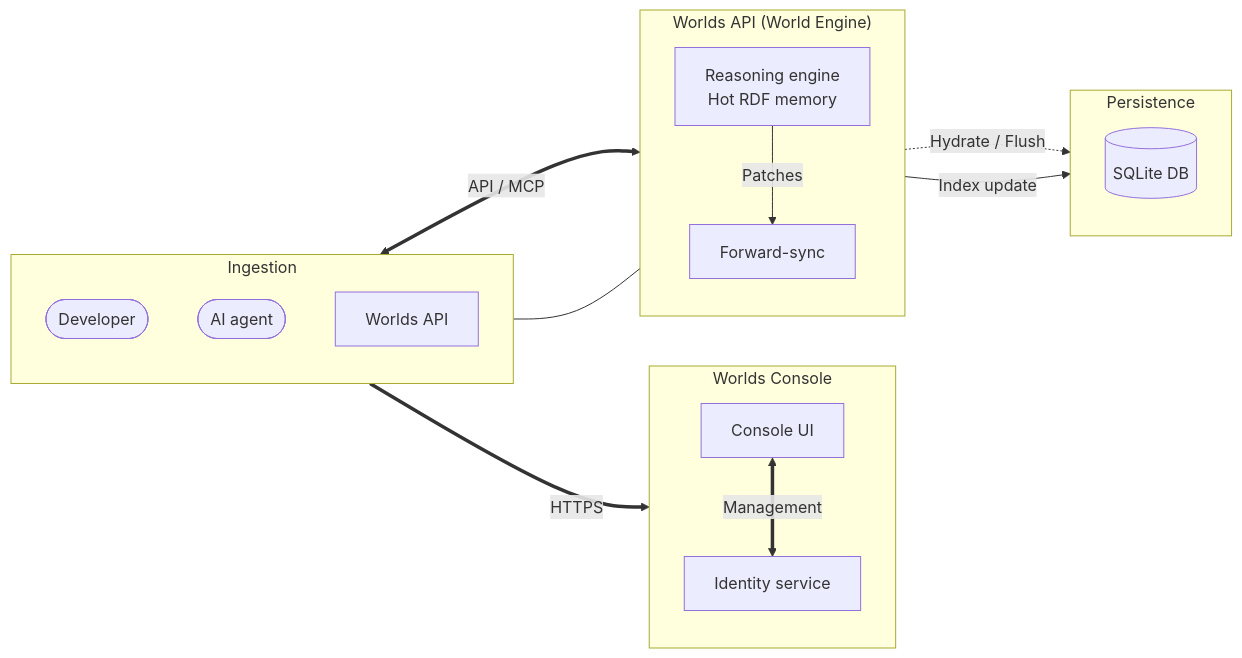
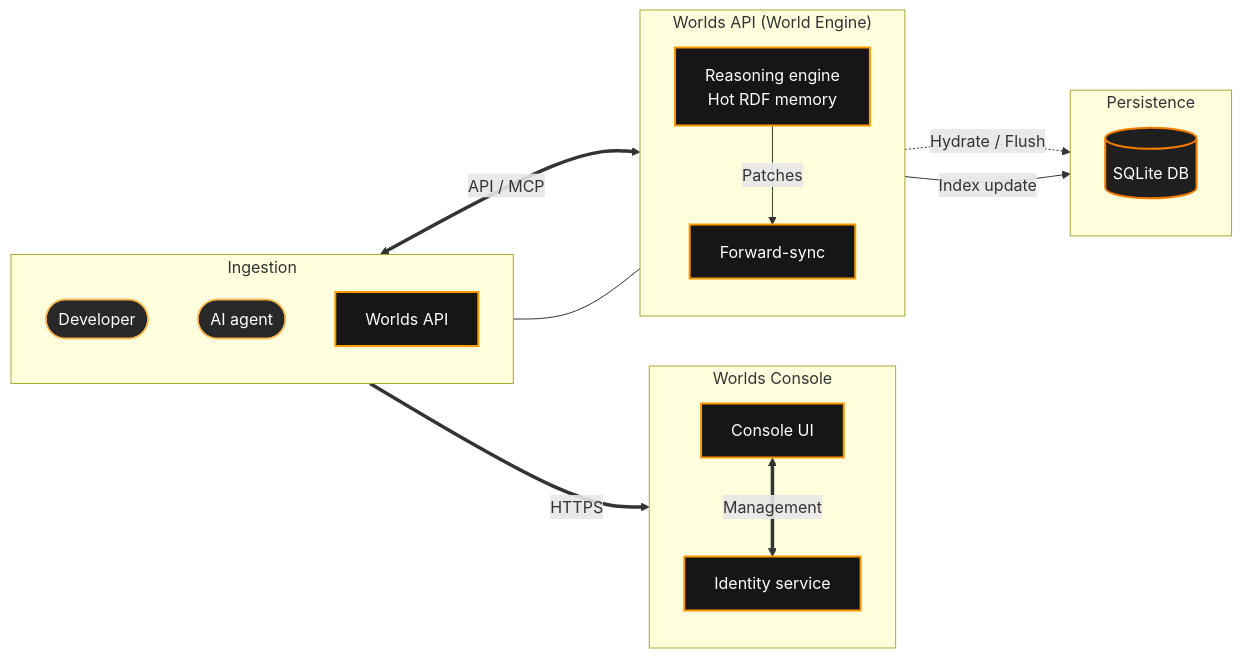
One commit to wazootech/docs.wazoo.dev changed the first of 6 diagrams in contribute/architecture.mdx. Above: the diagram before and after it, drawn with Mermaid. The commit also changed other lines of this file, not shown here.

Commit message:
docs: update all architecture diagrams to use accessible brand styling

````diff
--- a/contribute/architecture.mdx
+++ b/contribute/architecture.mdx
@@ -34,39 +34,48 @@
 ```mermaid
 graph LR
+    %% Class definitions for accessibility & brand colors
+    classDef engine fill:#161617,stroke:#FF9800,stroke-width:2px,color:#ffffff;
+    classDef persistence fill:#1f1f20,stroke:#F57C00,stroke-width:2px,color:#ffffff;
+    classDef process fill:#282829,stroke:#FFB74D,stroke-width:1.5px,color:#ffffff;
+
     subgraph Clients ["Ingestion"]
         direction TB
         Dev([Developer])
         Agent([AI agent])
         API["Worlds API"]
     end
 
     subgraph Console ["Worlds Console"]
         direction TB
         ConsoleView[Console UI]
         Auth[Identity service]
     end
 
     subgraph API_S ["Worlds API (World Engine)"]
         direction TB
         Engine["Reasoning engine<br/>Hot RDF memory"]
         Sync["Forward-sync"]
     end
 
     subgraph State ["Persistence"]
         direction TB
         DB[("SQLite DB")]
     end
 
     %% Human/Control Flow
     Dev ==>|HTTPS| ConsoleView
     ConsoleView <==>|Management| Auth
 
     %% Agent/Data Flow
     Agent <==>|API / MCP| Engine
     API --- Engine
 
     %% Internal Processing
     Engine -.->|Hydrate / Flush| DB
     Engine -->|Patches| Sync
     Sync -->|Index update| DB
+
+    class Dev,Agent process;
+    class API,ConsoleView,Auth,Engine,Sync engine;
+    class DB persistence;
 ```
````
